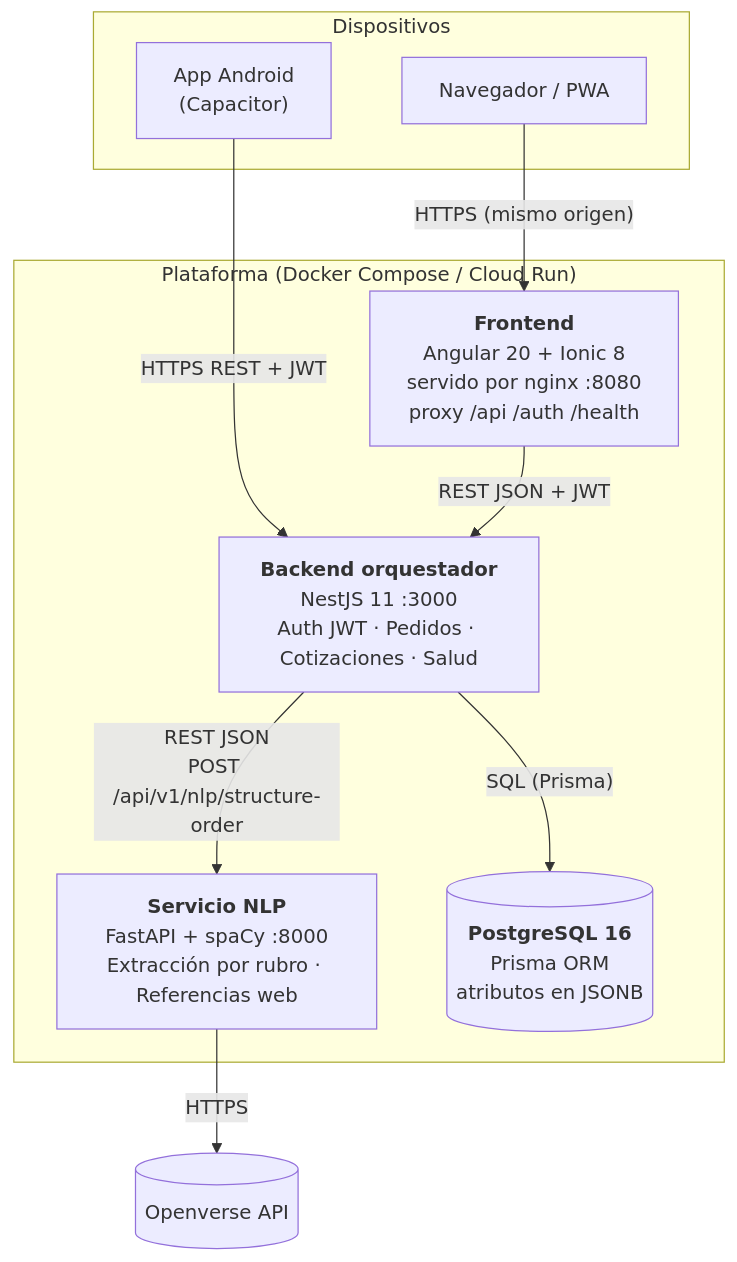
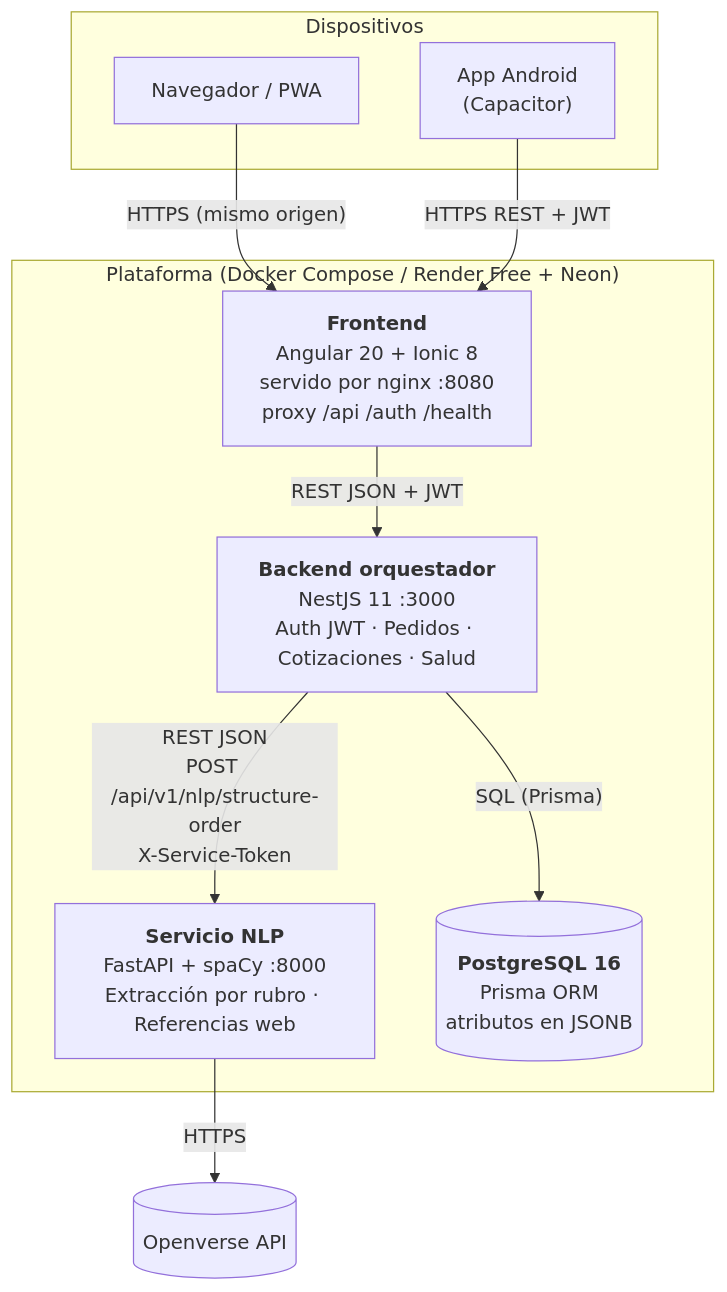
The second of 6 diagrams in docs/arquitectura.md (inddigo/ProyectoIngWeb), drawn with Mermaid before and after one commit. The commit also changed other lines of this file and 5 other files, not shown here.

````diff
--- a/docs/arquitectura.md
+++ b/docs/arquitectura.md
@@ -21,23 +21,23 @@
 ```mermaid
 flowchart TB
     subgraph dispositivos["Dispositivos"]
         web["Navegador / PWA"]
         android["App Android<br/>(Capacitor)"]
     end
 
-    subgraph plataforma["Plataforma (Docker Compose / Cloud Run)"]
+    subgraph plataforma["Plataforma (Docker Compose / Render Free + Neon)"]
         fe["<b>Frontend</b><br/>Angular 20 + Ionic 8<br/>servido por nginx :8080<br/>proxy /api /auth /health"]
         be["<b>Backend orquestador</b><br/>NestJS 11 :3000<br/>Auth JWT · Pedidos · Cotizaciones · Salud"]
         py["<b>Servicio NLP</b><br/>FastAPI + spaCy :8000<br/>Extracción por rubro · Referencias web"]
         db[("<b>PostgreSQL 16</b><br/>Prisma ORM<br/>atributos en JSONB")]
     end
 
     ext[("Openverse API")]
 
     web -- "HTTPS (mismo origen)" --> fe
-    android -- "HTTPS REST + JWT" --> be
+    android -- "HTTPS REST + JWT" --> fe
     fe -- "REST JSON + JWT" --> be
-    be -- "REST JSON<br/>POST /api/v1/nlp/structure-order" --> py
+    be -- "REST JSON<br/>POST /api/v1/nlp/structure-order<br/>X-Service-Token" --> py
     be -- "SQL (Prisma)" --> db
     py -- "HTTPS" --> ext
 ```
````
